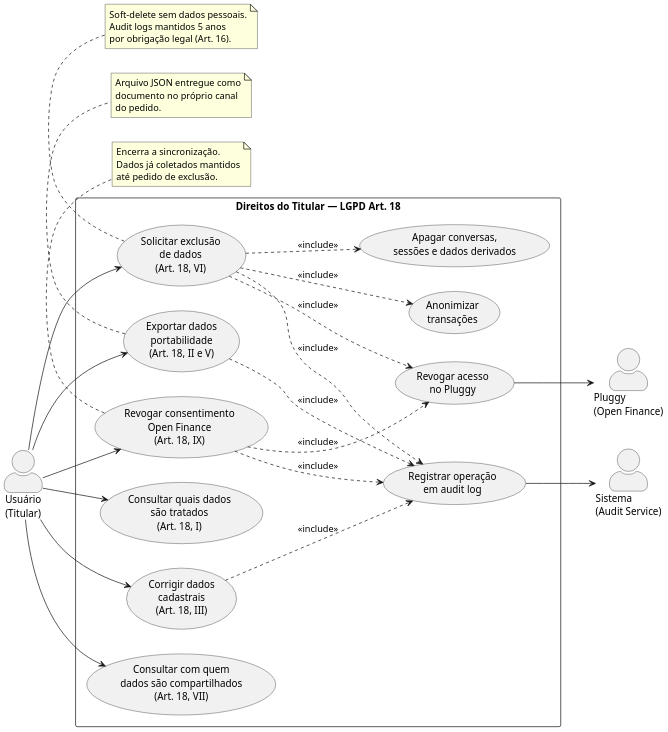
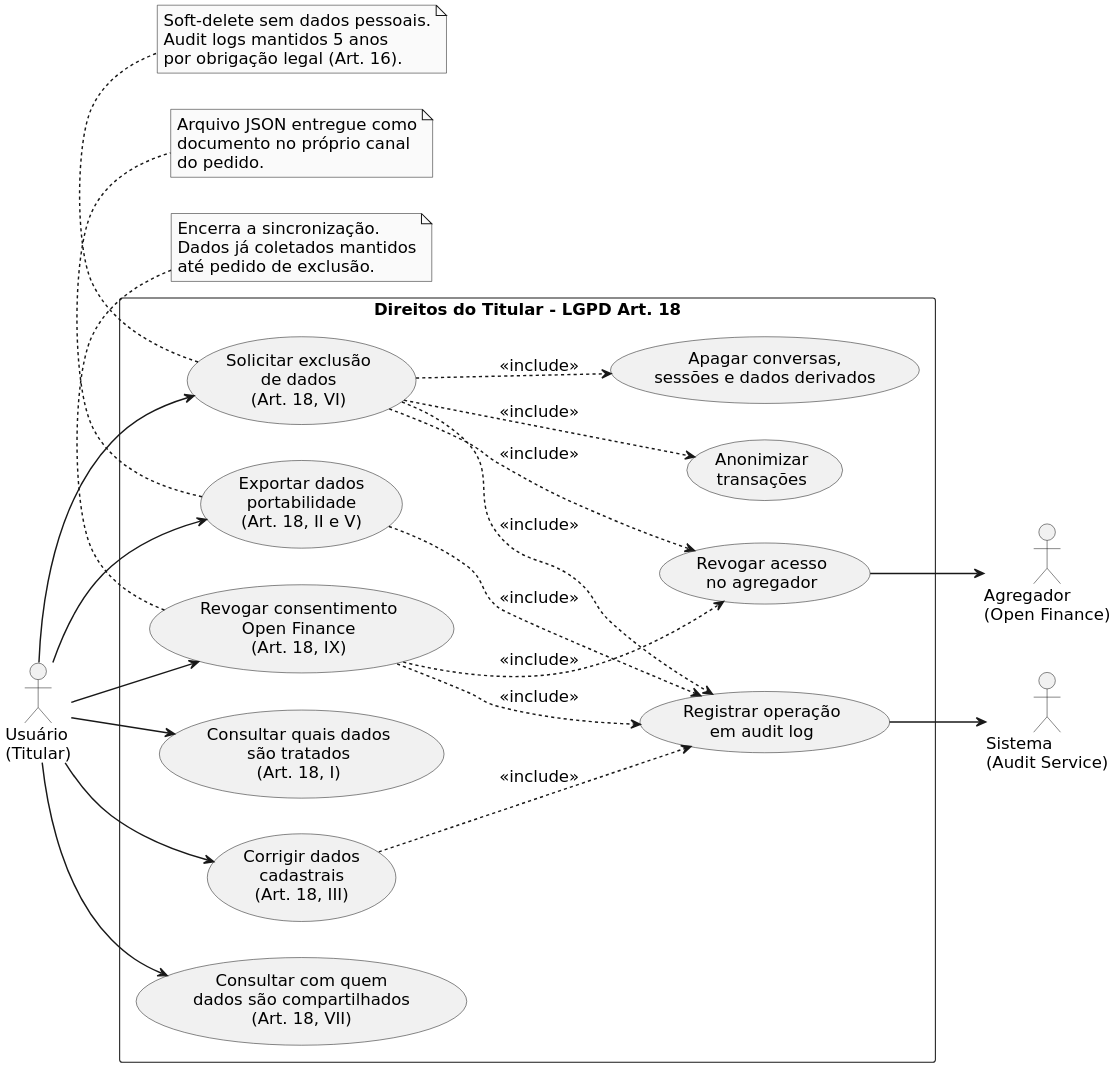
The diagram in puml/uc04_direitos_lgpd.puml (eigam-corp/thesis), drawn with PlantUML before and after one commit. The commit also changed 198 other files, not shown here.

```diff
--- a/puml/uc04_direitos_lgpd.puml
+++ b/puml/uc04_direitos_lgpd.puml
@@ -1,64 +1,66 @@
 @startuml UC04 - Direitos do Titular (LGPD Art. 18)
 left to right direction
 skinparam packageStyle rectangle
-skinparam actorStyle awesome
-skinparam defaultFontName Arial
+skinparam monochrome true
+skinparam defaultFontName "DejaVu Sans"
 skinparam shadowing false
-skinparam dpi 150
+skinparam dpi 220
+skinparam defaultFontSize 16
+skinparam ArrowThickness 1.4
 
 actor "Usuário\n(Titular)" as U
-actor "Pluggy\n(Open Finance)" as PL
+actor "Agregador\n(Open Finance)" as PL
 actor "Sistema\n(Audit Service)" as AUD
 
-rectangle "Direitos do Titular — LGPD Art. 18" {
+rectangle "Direitos do Titular - LGPD Art. 18" {
     usecase "Consultar quais dados\nsão tratados\n(Art. 18, I)" as LC01
     usecase "Exportar dados\nportabilidade\n(Art. 18, II e V)" as LC02
     usecase "Corrigir dados\ncadastrais\n(Art. 18, III)" as LC03
     usecase "Revogar consentimento\nOpen Finance\n(Art. 18, IX)" as LC04
     usecase "Solicitar exclusão\nde dados\n(Art. 18, VI)" as LC05
     usecase "Consultar com quem\ndados são compartilhados\n(Art. 18, VII)" as LC06
     usecase "Registrar operação\nem audit log" as LC07
     usecase "Anonimizar\ntransações" as LC08
-    usecase "Revogar acesso\nno Pluggy" as LC09
+    usecase "Revogar acesso\nno agregador" as LC09
     usecase "Apagar conversas,\nsessões e dados derivados" as LC10
 }
 
 U --> LC01
 U --> LC02
 U --> LC03
 U --> LC04
 U --> LC05
 U --> LC06
 
 LC02 ..> LC07 : <<include>>
 LC04 ..> LC07 : <<include>>
 LC05 ..> LC07 : <<include>>
 LC03 ..> LC07 : <<include>>
 
 LC05 ..> LC08 : <<include>>
 LC05 ..> LC09 : <<include>>
 LC05 ..> LC10 : <<include>>
 
 LC04 ..> LC09 : <<include>>
 LC09 --> PL
 
 LC07 --> AUD
 
 note bottom of LC05
   Soft-delete sem dados pessoais.
   Audit logs mantidos 5 anos
   por obrigação legal (Art. 16).
 end note
 
 note bottom of LC02
   Arquivo JSON entregue como
   documento no próprio canal
   do pedido.
 end note
 
 note bottom of LC04
   Encerra a sincronização.
   Dados já coletados mantidos
   até pedido de exclusão.
 end note
 @enduml
```
